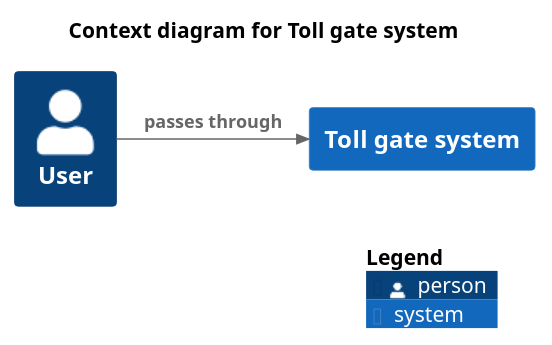
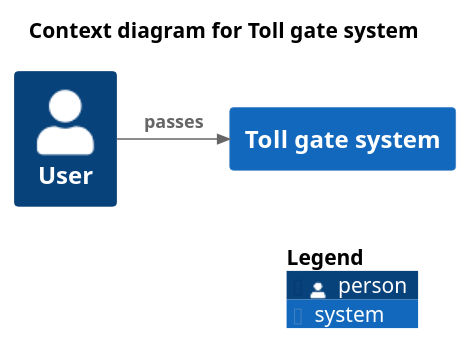
The diagram in docs/context.puml (vaibhawj/toll-gate-c4), drawn with PlantUML before and after one commit.

```diff
--- a/docs/context.puml
+++ b/docs/context.puml
@@ -1,13 +1,13 @@
 @startuml tollgate-context
 !include https://raw.githubusercontent.com/plantuml-stdlib/C4-PlantUML/master/C4_Context.puml
 
 title Context diagram for Toll gate system
 
 Person(user, "User")
 System(tgs, "Toll gate system")
 
-Rel_R(user, tgs, "passes through")
+Rel_R(user, tgs, "passes")
 
 SHOW_LEGEND()
 
 @enduml
```
